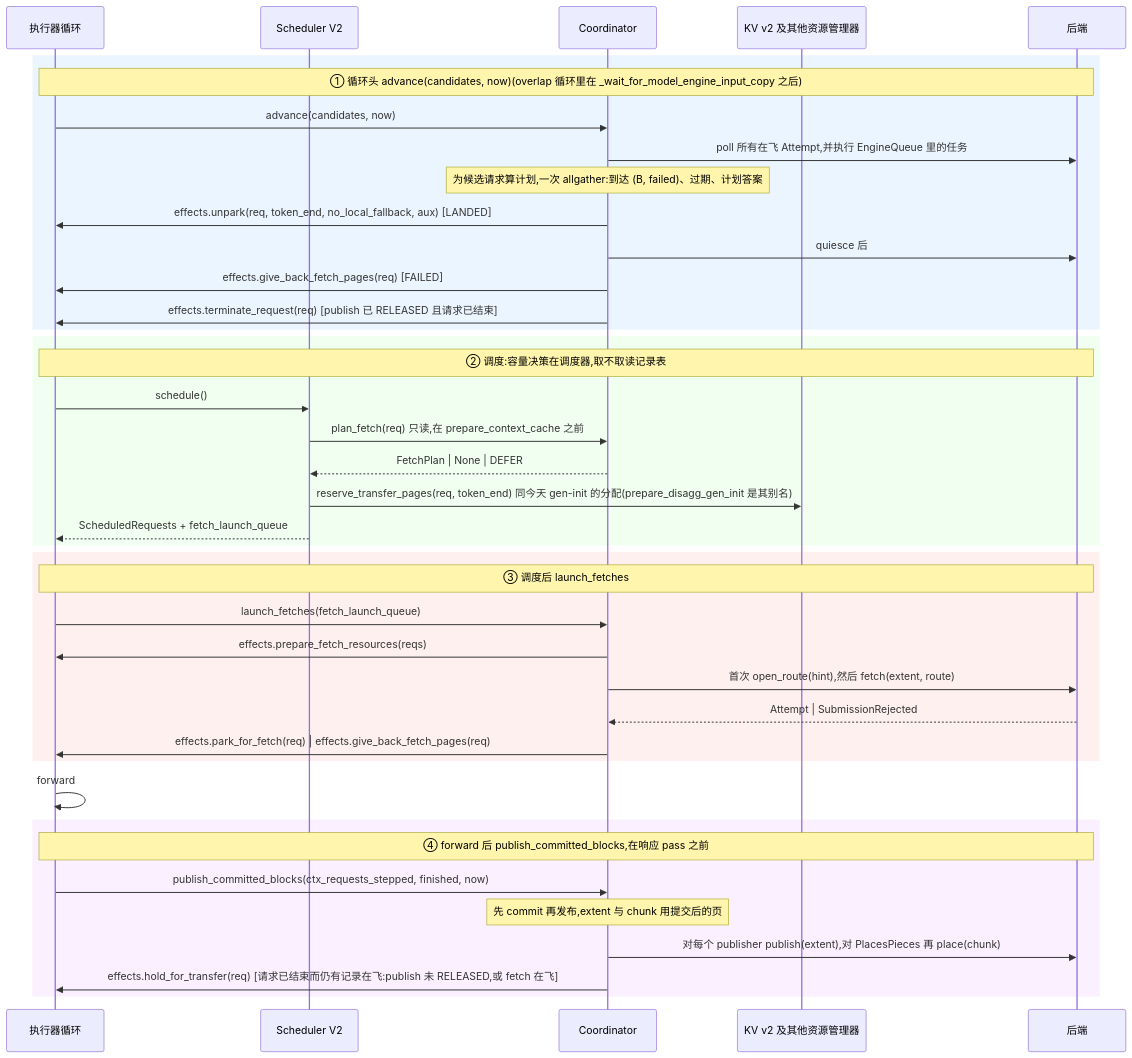
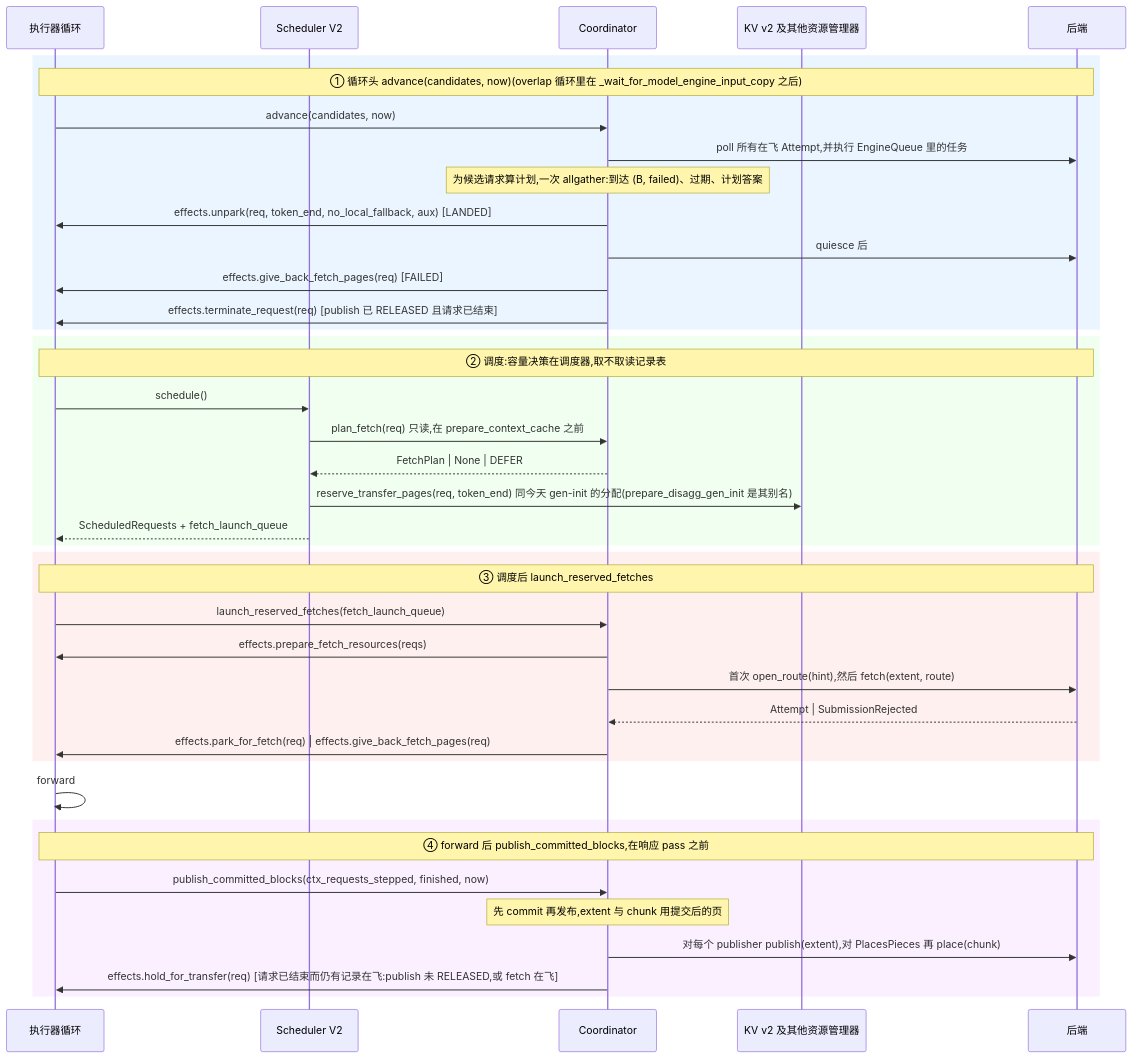
One commit to chuangz0/TensorRT-LLM changed the third of 6 diagrams in docs/shared/KV_TRANSFER_COORDINATOR_DESIGN.zh.md. Above: the diagram before and after it, drawn with Mermaid. The commit also changed other lines of this file and 33 other files, not shown here.

````diff
--- a/docs/shared/KV_TRANSFER_COORDINATOR_DESIGN.zh.md
+++ b/docs/shared/KV_TRANSFER_COORDINATOR_DESIGN.zh.md
@@ -171,47 +171,47 @@
 ```mermaid
 sequenceDiagram
     participant L as 执行器循环
     participant S as Scheduler V2
     participant C as Coordinator
     participant KV as KV v2 及其他资源管理器
     participant BE as 后端
 
     rect rgb(235, 245, 255)
     Note over L,BE: ① 循环头 advance(candidates, now)(overlap 循环里在 _wait_for_model_engine_input_copy 之后)
     L->>C: advance(candidates, now)
     C->>BE: poll 所有在飞 Attempt,并执行 EngineQueue 里的任务
     Note over C: 为候选请求算计划,一次 allgather:到达 (B, failed)、过期、计划答案
     C->>L: effects.unpark(req, token_end, no_local_fallback, aux)  [LANDED]
     C->>BE: quiesce 后
     C->>L: effects.give_back_fetch_pages(req)  [FAILED]
     C->>L: effects.terminate_request(req)  [publish 已 RELEASED 且请求已结束]
     end
 
     rect rgb(240, 255, 240)
     Note over L,BE: ② 调度:容量决策在调度器,取不取读记录表
     L->>S: schedule()
     S->>C: plan_fetch(req)  只读,在 prepare_context_cache 之前
     C-->>S: FetchPlan | None | DEFER
     S->>KV: reserve_transfer_pages(req, token_end)  同今天 gen-init 的分配(prepare_disagg_gen_init 是其别名)
     S-->>L: ScheduledRequests + fetch_launch_queue
     end
 
     rect rgb(255, 240, 240)
-    Note over L,BE: ③ 调度后 launch_fetches
-    L->>C: launch_fetches(fetch_launch_queue)
+    Note over L,BE: ③ 调度后 launch_reserved_fetches
+    L->>C: launch_reserved_fetches(fetch_launch_queue)
     C->>L: effects.prepare_fetch_resources(reqs)
     C->>BE: 首次 open_route(hint),然后 fetch(extent, route)
     BE-->>C: Attempt | SubmissionRejected
     C->>L: effects.park_for_fetch(req) | effects.give_back_fetch_pages(req)
     end
 
     L->>L: forward
 
     rect rgb(250, 240, 255)
     Note over L,BE: ④ forward 后 publish_committed_blocks,在响应 pass 之前
     L->>C: publish_committed_blocks(ctx_requests_stepped, finished, now)
     Note over C: 先 commit 再发布,extent 与 chunk 用提交后的页
     C->>BE: 对每个 publisher publish(extent),对 PlacesPieces 再 place(chunk)
     C->>L: effects.hold_for_transfer(req)  [请求已结束而仍有记录在飞:publish 未 RELEASED,或 fetch 在飞]
     end
 ```
````
